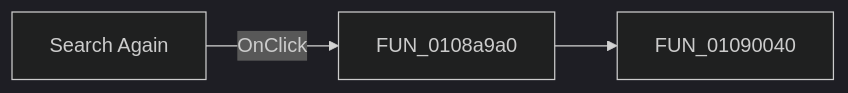
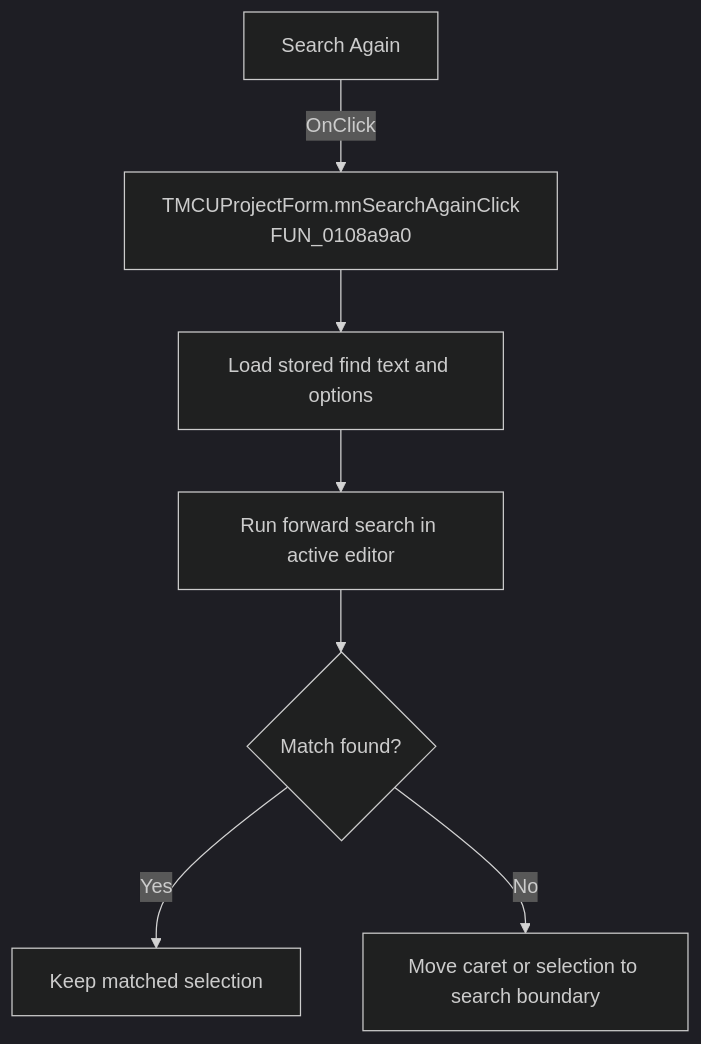
The diagram in docs/ui-controls/mcuprojectform/mnsearchagain-f15ae04739.md (MovGP0/TIARA), drawn with Mermaid (dark theme) before and after one commit. The commit also changed other lines of this file and 1062 other files, not shown here.

````diff
--- a/docs/ui-controls/mcuprojectform/mnsearchagain-f15ae04739.md
+++ b/docs/ui-controls/mcuprojectform/mnsearchagain-f15ae04739.md
@@ -27,5 +27,9 @@
 ```mermaid
-flowchart LR
-    control["Search Again"] -->|OnClick| handler["FUN_0108a9a0"]
-    handler --> call1["FUN_01090040"]
+flowchart TD
+    control["Search Again"] -->|OnClick| handler["TMCUProjectForm.mnSearchAgainClick<br/>FUN_0108a9a0"]
+    handler --> options["Load stored find text and options"]
+    options --> search["Run forward search in active editor"]
+    search --> found{"Match found?"}
+    found -->|Yes| done["Keep matched selection"]
+    found -->|No| boundary["Move caret or selection to search boundary"]
 ```
````
